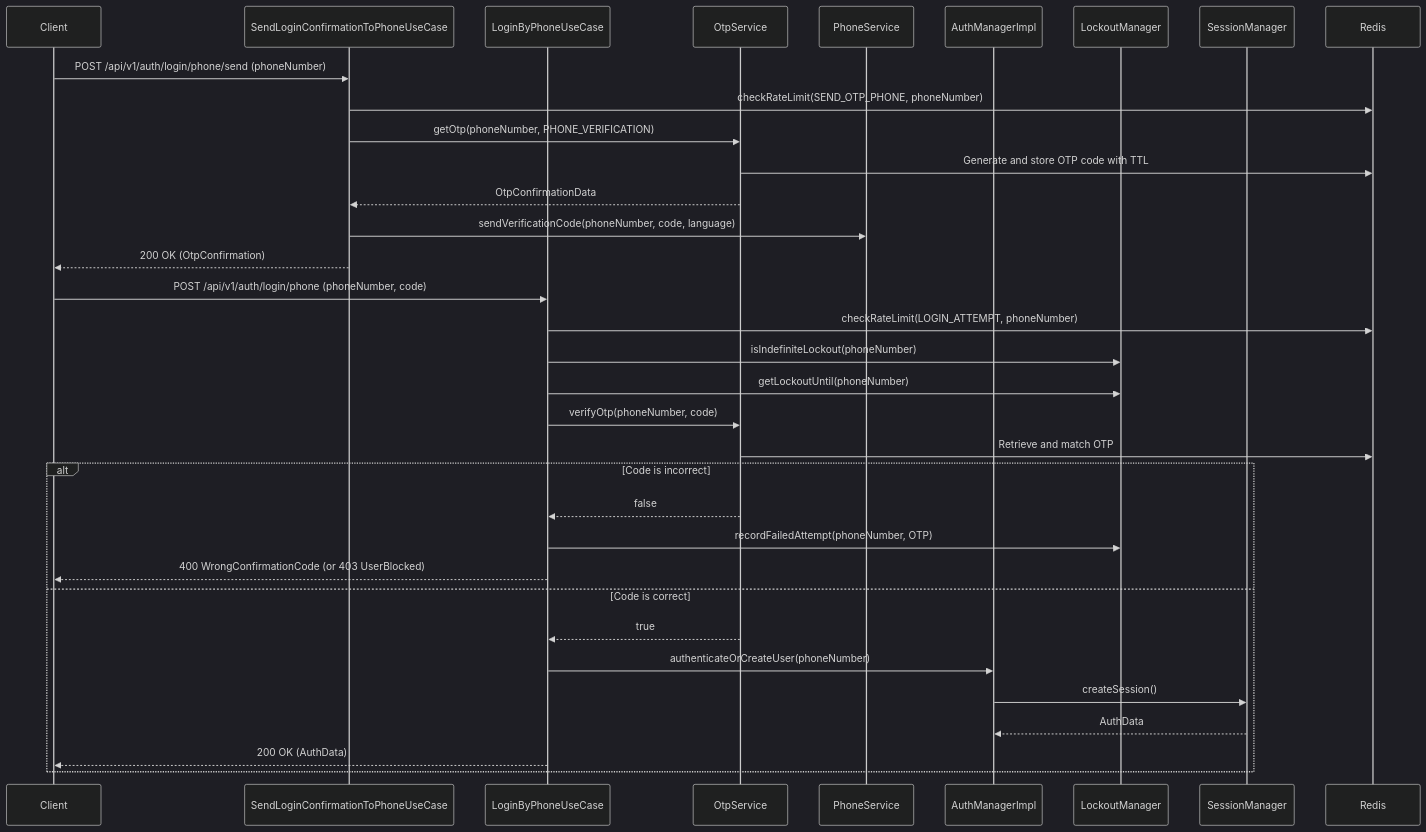
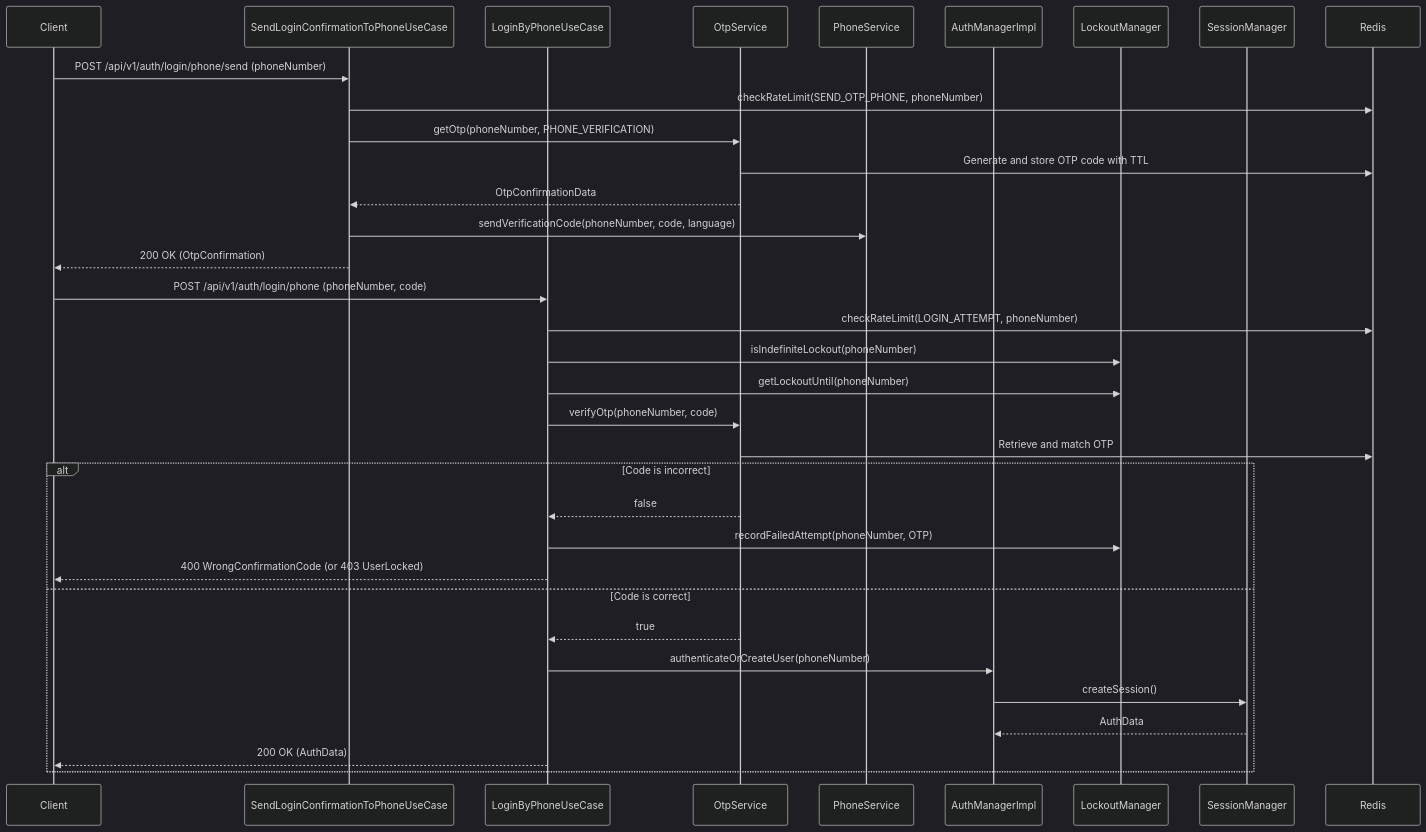
The third of 5 diagrams in docs/architecture/flows/authentication.md (mudrichenkoevgeny/backend-platform-sdk), drawn with Mermaid (dark theme) before and after one commit. The commit also changed 66 other files, not shown here.

````diff
--- a/docs/architecture/flows/authentication.md
+++ b/docs/architecture/flows/authentication.md
@@ -118,42 +118,42 @@
 ```mermaid
 sequenceDiagram
     participant Client
     participant SendOTP as SendLoginConfirmationToPhoneUseCase
     participant LoginOTP as LoginByPhoneUseCase
     participant OtpService
     participant PhoneService
     participant AuthManager as AuthManagerImpl
     participant Lockout as LockoutManager
     participant Session as SessionManager
     participant Redis
 
     %% Step 1: Request OTP
     Client->>SendOTP: POST /api/v1/auth/login/phone/send (phoneNumber)
     SendOTP->>Redis: checkRateLimit(SEND_OTP_PHONE, phoneNumber)
     SendOTP->>OtpService: getOtp(phoneNumber, PHONE_VERIFICATION)
     OtpService->>Redis: Generate and store OTP code with TTL
     OtpService-->>SendOTP: OtpConfirmationData
     SendOTP->>PhoneService: sendVerificationCode(phoneNumber, code, language)
     SendOTP-->>Client: 200 OK (OtpConfirmation)
 
     %% Step 2: Submit OTP
     Client->>LoginOTP: POST /api/v1/auth/login/phone (phoneNumber, code)
     LoginOTP->>Redis: checkRateLimit(LOGIN_ATTEMPT, phoneNumber)
     LoginOTP->>Lockout: isIndefiniteLockout(phoneNumber)
     LoginOTP->>Lockout: getLockoutUntil(phoneNumber)
     
     LoginOTP->>OtpService: verifyOtp(phoneNumber, code)
     OtpService->>Redis: Retrieve and match OTP
     
     alt Code is incorrect
         OtpService-->>LoginOTP: false
         LoginOTP->>Lockout: recordFailedAttempt(phoneNumber, OTP)
-        LoginOTP-->>Client: 400 WrongConfirmationCode (or 403 UserBlocked)
+        LoginOTP-->>Client: 400 WrongConfirmationCode (or 403 UserLocked)
     else Code is correct
         OtpService-->>LoginOTP: true
         LoginOTP->>AuthManager: authenticateOrCreateUser(phoneNumber)
         AuthManager->>Session: createSession()
         Session-->>AuthManager: AuthData
         LoginOTP-->>Client: 200 OK (AuthData)
     end
 ```
````
